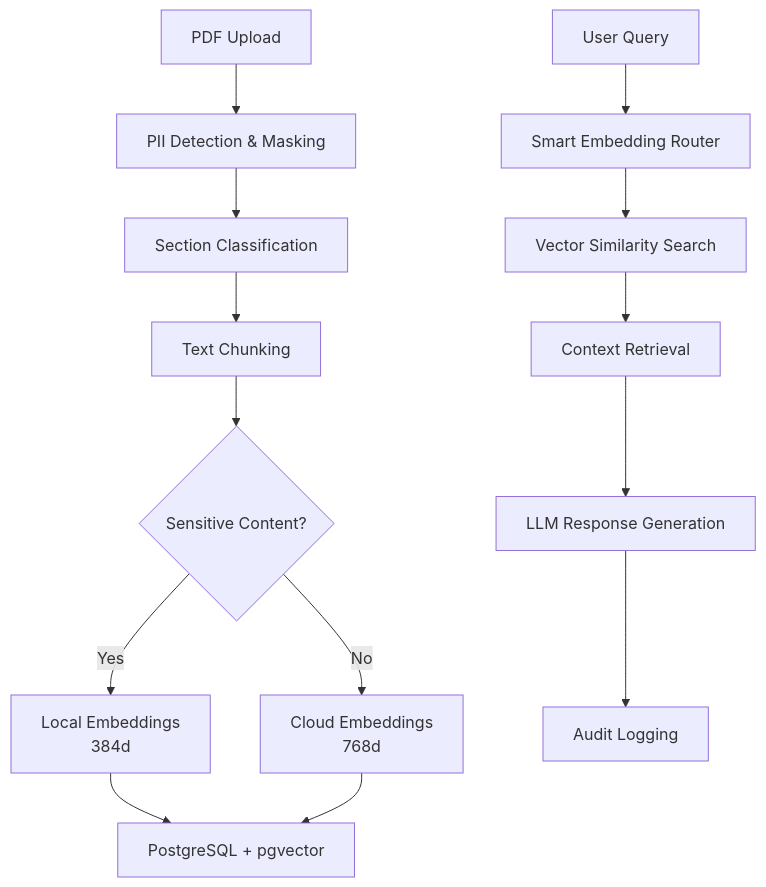
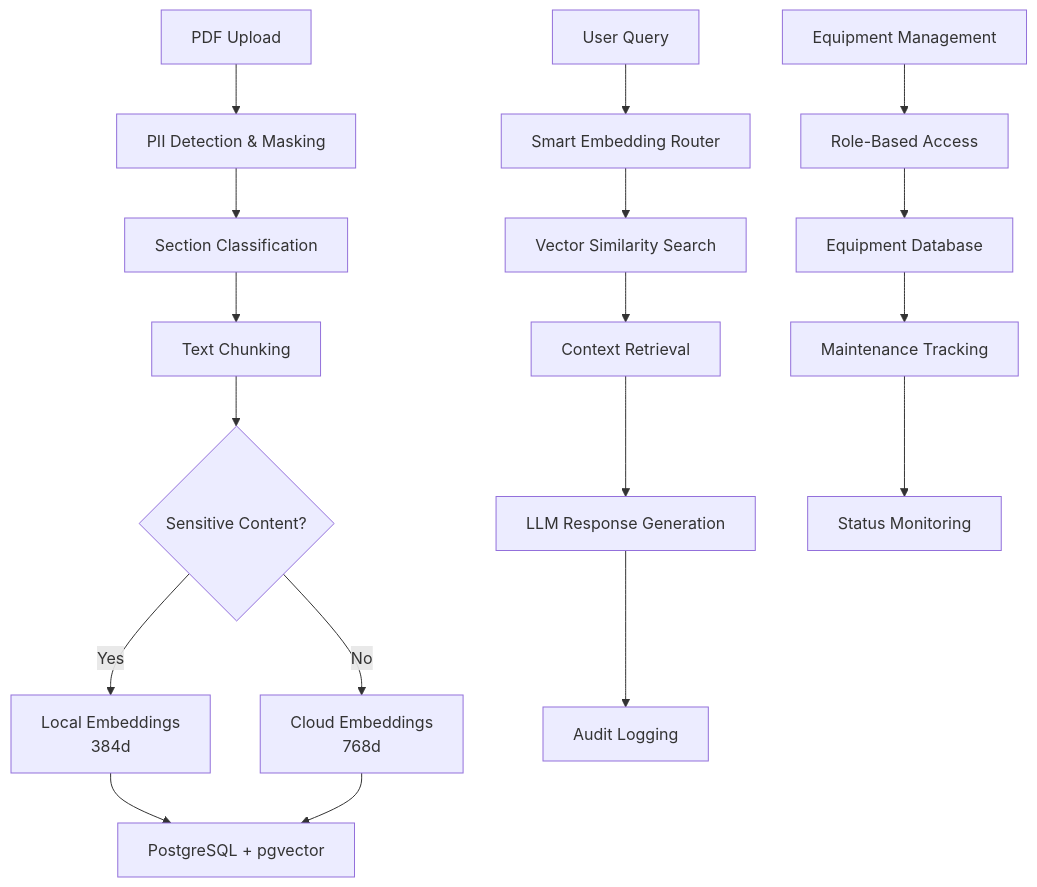
One commit to hariprabhu571/industrial-copilot changed the diagram in README.md. Above: the diagram before and after it, drawn with Mermaid. The commit also changed other lines of this file and 192 other files, not shown here.

Commit message:
Major cleanup and improvements: removed obsolete files, added comprehensive testing, improved equipment management

````diff
--- a/README.md
+++ b/README.md
@@ -27,16 +31,21 @@
 ```mermaid
 graph TB
     A[PDF Upload] --> B[PII Detection & Masking]
     B --> C[Section Classification]
     C --> D[Text Chunking]
     D --> E{Sensitive Content?}
     E -->|Yes| F[Local Embeddings<br/>384d]
     E -->|No| G[Cloud Embeddings<br/>768d]
     F --> H[PostgreSQL + pgvector]
     G --> H
     I[User Query] --> J[Smart Embedding Router]
     J --> K[Vector Similarity Search]
     K --> L[Context Retrieval]
     L --> M[LLM Response Generation]
     M --> N[Audit Logging]
+    
+    O[Equipment Management] --> P[Role-Based Access]
+    P --> Q[Equipment Database]
+    Q --> R[Maintenance Tracking]
+    R --> S[Status Monitoring]
 ```
````
